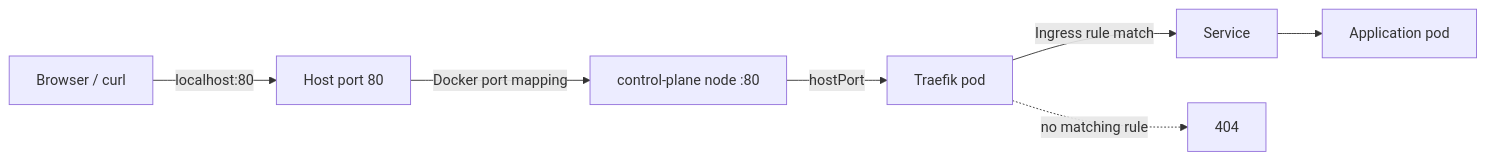
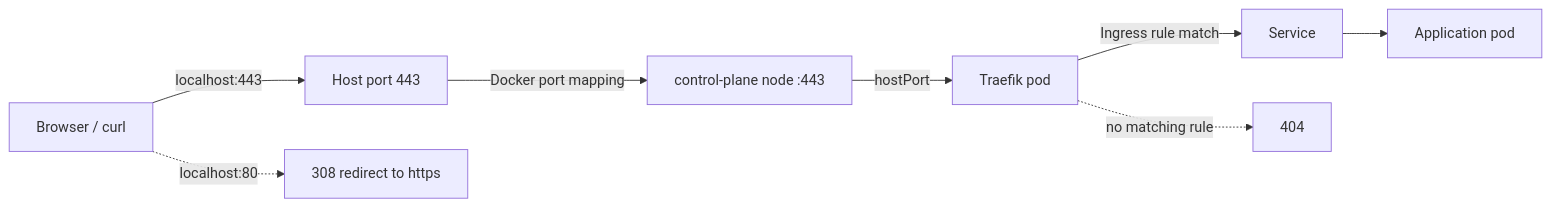
The fifth of 5 diagrams in docs/architecture.md (pablofc18/homelab-gitops), drawn with Mermaid before and after one commit. The commit also changed other lines of this file and 3 other files, not shown here.

Commit message:
feat: redirect all http traffic to https in traefik

````diff
--- a/docs/architecture.md
+++ b/docs/architecture.md
@@ -124,9 +124,10 @@
 ```mermaid
 flowchart LR
-    B[Browser / curl] -->|localhost:80| H[Host port 80]
-    H -->|Docker port mapping| N[control-plane node :80]
+    B[Browser / curl] -->|localhost:443| H[Host port 443]
+    H -->|Docker port mapping| N[control-plane node :443]
     N -->|hostPort| T[Traefik pod]
     T -->|Ingress rule match| S[Service]
     S --> P[Application pod]
     T -.->|no matching rule| X[404]
+    B -.->|localhost:80| R[308 redirect to https]
 ```
````
